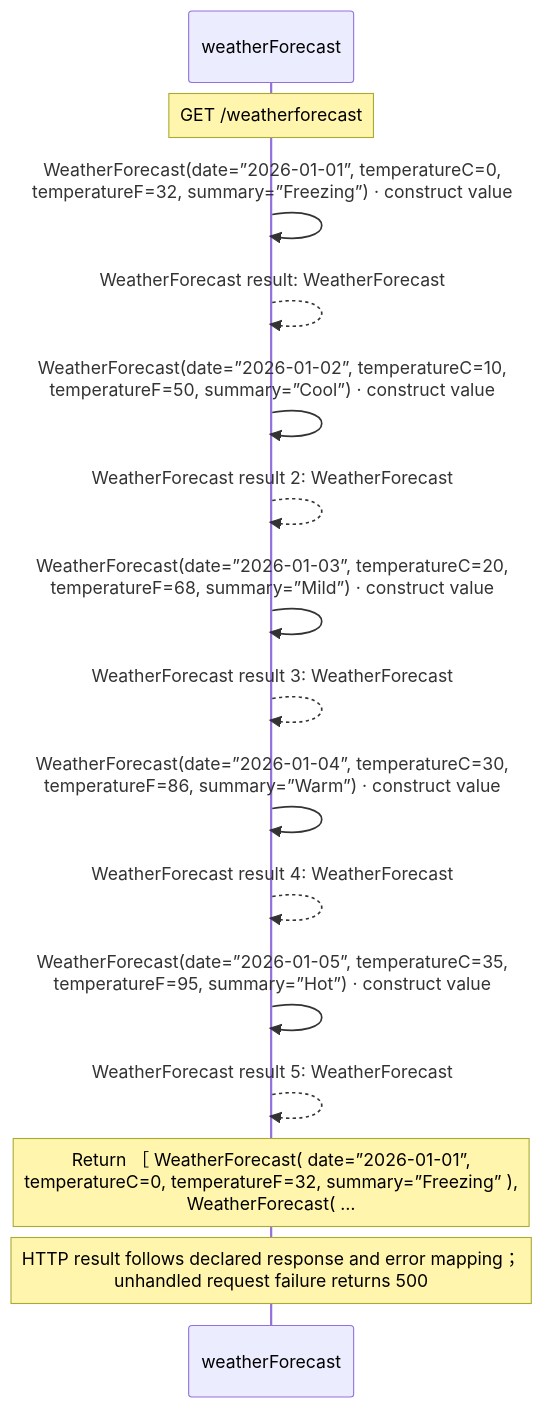
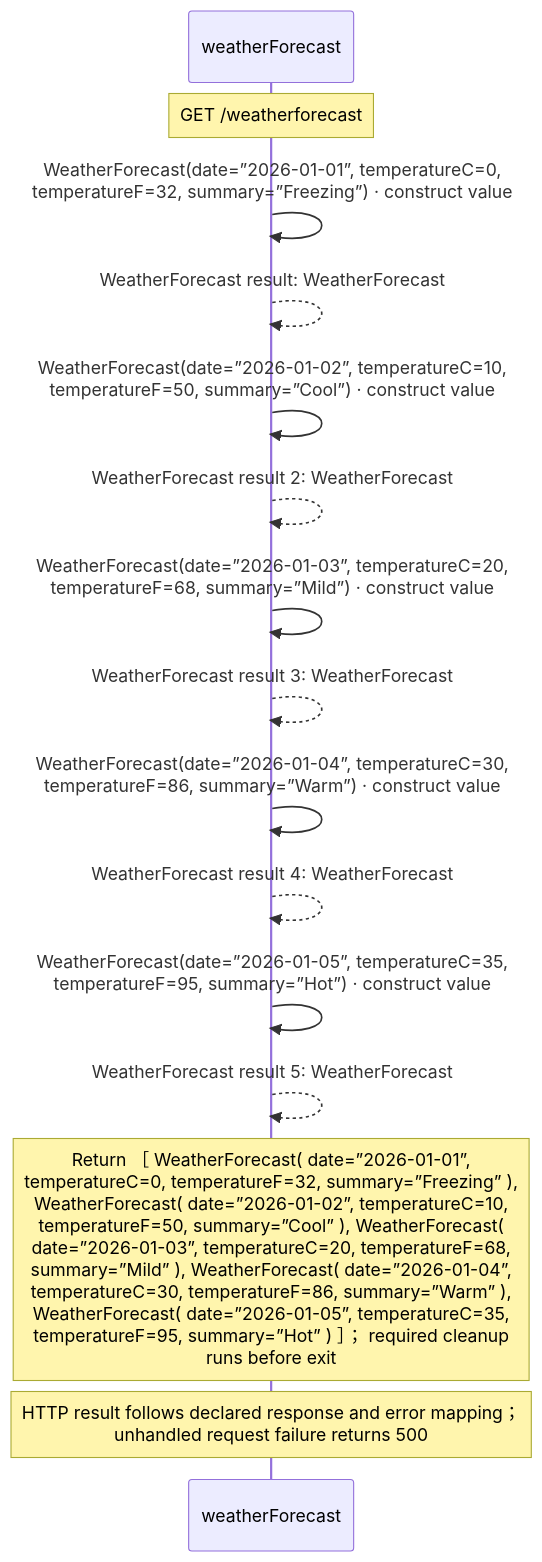
Before and after one commit to GreenPandaStudios/augscript: the diagram in docs/examples/weather-api/forecasts-diagrams.md, drawn with Mermaid. The commit also changed other lines of this file and 658 other files, not shown here.

````diff
--- a/docs/examples/weather-api/forecasts-diagrams.md
+++ b/docs/examples/weather-api/forecasts-diagrams.md
@@ -36,18 +44,18 @@
 ```mermaid
 sequenceDiagram
     participant p0 as weatherForecast
 
     Note over p0: GET /weatherforecast
     p0->>p0: WeatherForecast(date=”2026-01-01”, temperatureC=0,<br/>temperatureF=32, summary=”Freezing”) · construct value
     p0-->>p0: WeatherForecast result: WeatherForecast
     p0->>p0: WeatherForecast(date=”2026-01-02”, temperatureC=10,<br/>temperatureF=50, summary=”Cool”) · construct value
     p0-->>p0: WeatherForecast result 2: WeatherForecast
     p0->>p0: WeatherForecast(date=”2026-01-03”, temperatureC=20,<br/>temperatureF=68, summary=”Mild”) · construct value
     p0-->>p0: WeatherForecast result 3: WeatherForecast
     p0->>p0: WeatherForecast(date=”2026-01-04”, temperatureC=30,<br/>temperatureF=86, summary=”Warm”) · construct value
     p0-->>p0: WeatherForecast result 4: WeatherForecast
     p0->>p0: WeatherForecast(date=”2026-01-05”, temperatureC=35,<br/>temperatureF=95, summary=”Hot”) · construct value
     p0-->>p0: WeatherForecast result 5: WeatherForecast
-    Note over p0: Return ［ WeatherForecast( date=”2026-01-01”,<br/>temperatureC=0, temperatureF=32, summary=”Freezing” ),<br/>WeatherForecast( …
+    Note over p0: Return ［ WeatherForecast( date=”2026-01-01”,<br/>temperatureC=0, temperatureF=32, summary=”Freezing” ),<br/>WeatherForecast( date=”2026-01-02”, temperatureC=10,<br/>temperatureF=50, summary=”Cool” ), WeatherForecast(<br/>date=”2026-01-03”, temperatureC=20, temperatureF=68,<br/>summary=”Mild” ), WeatherForecast( date=”2026-01-04”,<br/>temperatureC=30, temperatureF=86, summary=”Warm” ),<br/>WeatherForecast( date=”2026-01-05”, temperatureC=35,<br/>temperatureF=95, summary=”Hot” ) ］； required cleanup<br/>runs before exit
     Note over p0: HTTP result follows declared response and error mapping；<br/>unhandled request failure returns 500
 ```
````
